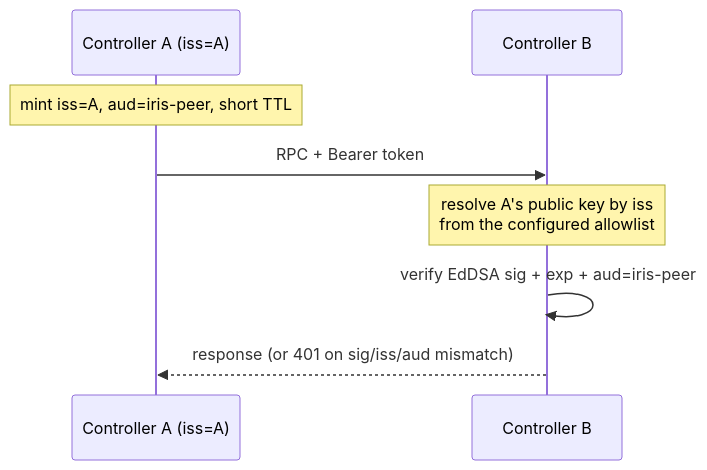
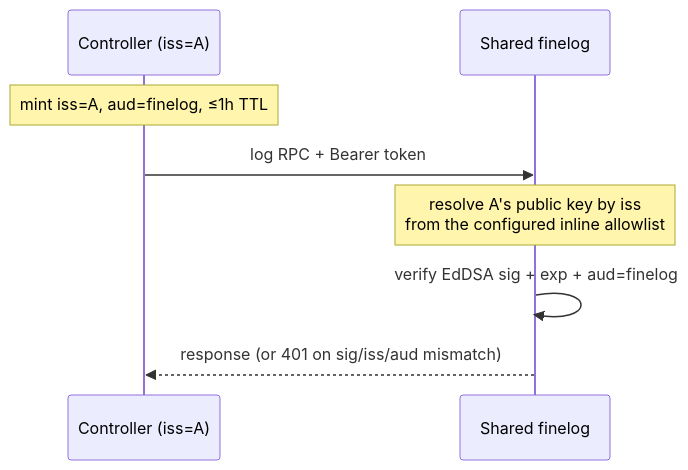
Before and after one commit to marin-community/marin: the third of 5 diagrams in .agents/projects/unified_server_auth/design.md, drawn with Mermaid. The commit also changed other lines of this file and 4 other files, not shown here.

````diff
--- a/.agents/projects/unified_server_auth/design.md
+++ b/.agents/projects/unified_server_auth/design.md
@@ -123,10 +150,10 @@
 ```mermaid
 sequenceDiagram
-    participant A as Controller A (iss=A)
-    participant B as Controller B
-    Note over A: mint iss=A, aud=iris-peer, short TTL
-    A->>B: RPC + Bearer token
-    Note over B: resolve A's public key by iss<br/>from the configured allowlist
-    B->>B: verify EdDSA sig + exp + aud=iris-peer
+    participant A as Controller (iss=A)
+    participant B as Shared finelog
+    Note over A: mint iss=A, aud=finelog, ≤1h TTL
+    A->>B: log RPC + Bearer token
+    Note over B: resolve A's public key by iss<br/>from the configured inline allowlist
+    B->>B: verify EdDSA sig + exp + aud=finelog
     B-->>A: response (or 401 on sig/iss/aud mismatch)
 ```
````
